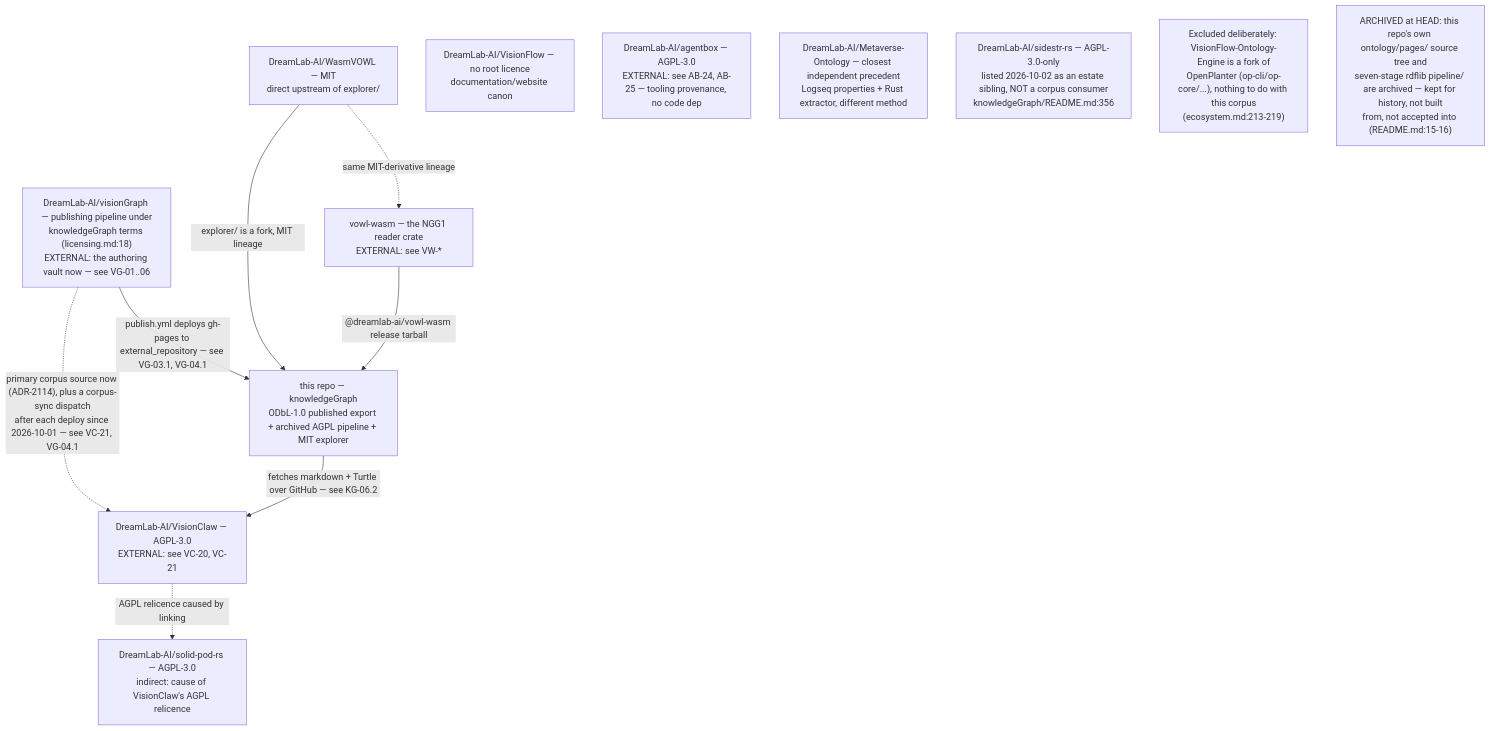
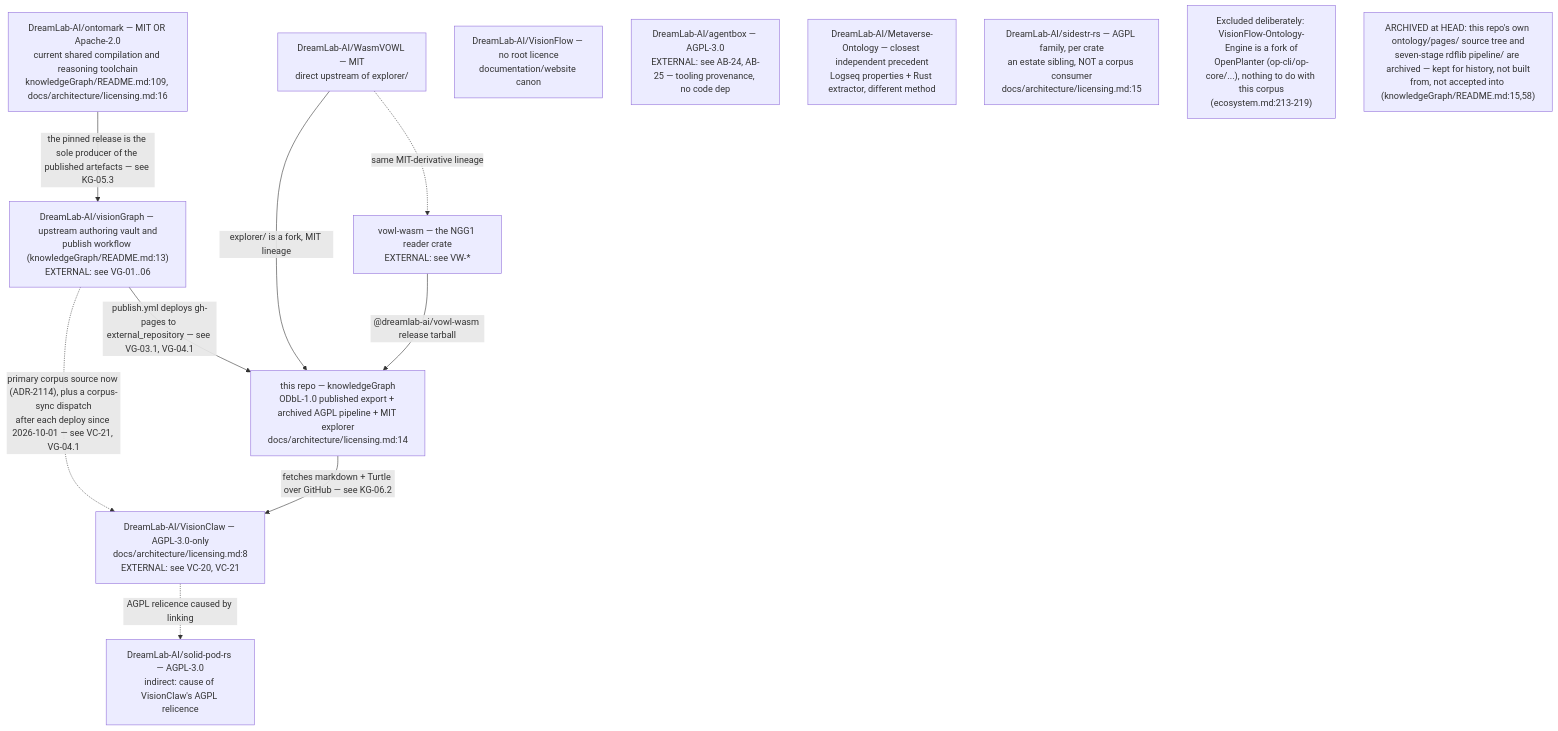
The first of 3 diagrams in docs/diagrams/knowledgegraph/06-consumers-and-integration.md (DreamLab-AI/VisionFlow), drawn with Mermaid before and after one commit. The commit also changed other lines of this file and 160 other files, not shown here.

````diff
--- a/docs/diagrams/knowledgegraph/06-consumers-and-integration.md
+++ b/docs/diagrams/knowledgegraph/06-consumers-and-integration.md
@@ -19,22 +19,24 @@
 ```mermaid
 flowchart TB
-    VG["DreamLab-AI/visionGraph — publishing pipeline under<br/>knowledgeGraph terms #40;licensing.md:18#41;<br/>EXTERNAL: the authoring vault now — see VG-01..06"]
-    KG["this repo — knowledgeGraph<br/>ODbL-1.0 published export + archived AGPL pipeline + MIT explorer"]
-    VC["DreamLab-AI/VisionClaw — AGPL-3.0<br/>EXTERNAL: see VC-20, VC-21"]
+    VG["DreamLab-AI/visionGraph — upstream authoring vault and<br/>publish workflow #40;knowledgeGraph/README.md:13#41;<br/>EXTERNAL: see VG-01..06"]
+    OM["DreamLab-AI/ontomark — MIT OR Apache-2.0<br/>current shared compilation and reasoning toolchain<br/>knowledgeGraph/README.md:109, docs/architecture/licensing.md:16"]
+    KG["this repo — knowledgeGraph<br/>ODbL-1.0 published export + archived AGPL pipeline + MIT explorer<br/>docs/architecture/licensing.md:14"]
+    VC["DreamLab-AI/VisionClaw — AGPL-3.0-only<br/>docs/architecture/licensing.md:8<br/>EXTERNAL: see VC-20, VC-21"]
     WV["DreamLab-AI/WasmVOWL — MIT<br/>direct upstream of explorer/"]
     VW["vowl-wasm — the NGG1 reader crate<br/>EXTERNAL: see VW-*"]
     VF["DreamLab-AI/VisionFlow — no root licence<br/>documentation/website canon"]
     AB["DreamLab-AI/agentbox — AGPL-3.0<br/>EXTERNAL: see AB-24, AB-25 — tooling provenance, no code dep"]
     MO["DreamLab-AI/Metaverse-Ontology — closest independent precedent<br/>Logseq properties + Rust extractor, different method"]
     SPR["DreamLab-AI/solid-pod-rs — AGPL-3.0<br/>indirect: cause of VisionClaw's AGPL relicence"]
-    SSR["DreamLab-AI/sidestr-rs — AGPL-3.0-only<br/>listed 2026-10-02 as an estate sibling, NOT a corpus consumer<br/>knowledgeGraph/README.md:356"]
+    SSR["DreamLab-AI/sidestr-rs — AGPL family, per crate<br/>an estate sibling, NOT a corpus consumer<br/>docs/architecture/licensing.md:15"]
+    OM -->|"the pinned release is the sole producer of the published artefacts — see KG-05.3"| VG
     VG -->|"publish.yml deploys gh-pages to external_repository — see VG-03.1, VG-04.1"| KG
     VG -.->|"primary corpus source now #40;ADR-2114#41;, plus a corpus-sync dispatch<br/>after each deploy since 2026-10-01 — see VC-21, VG-04.1"| VC
     KG -->|"fetches markdown + Turtle over GitHub — see KG-06.2"| VC
     WV -->|"explorer/ is a fork, MIT lineage"| KG
     WV -.->|"same MIT-derivative lineage"| VW
     VW -->|"@dreamlab-ai/vowl-wasm release tarball"| KG
     VC -.->|"AGPL relicence caused by linking"| SPR
     note1["Excluded deliberately: VisionFlow-Ontology-Engine is a fork of<br/>OpenPlanter #40;op-cli/op-core/...#41;, nothing to do with this corpus<br/>#40;ecosystem.md:213-219#41;"]
-    note2["ARCHIVED at HEAD: this repo's own ontology/pages/ source tree and<br/>seven-stage rdflib pipeline/ are archived — kept for history, not built<br/>from, not accepted into #40;README.md:15-16#41;"]
+    note2["ARCHIVED at HEAD: this repo's own ontology/pages/ source tree and<br/>seven-stage rdflib pipeline/ are archived — kept for history, not built<br/>from, not accepted into #40;knowledgeGraph/README.md:15,58#41;"]
 ```
````
